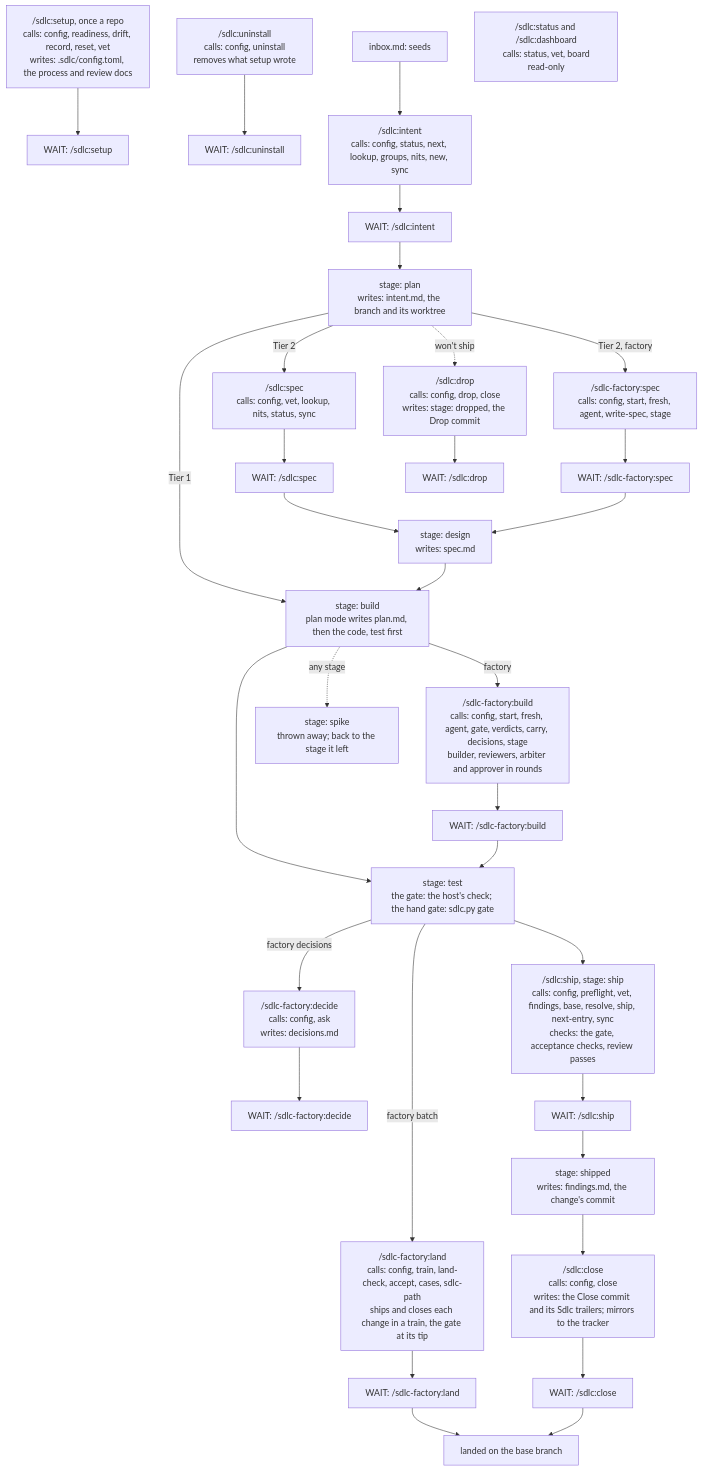
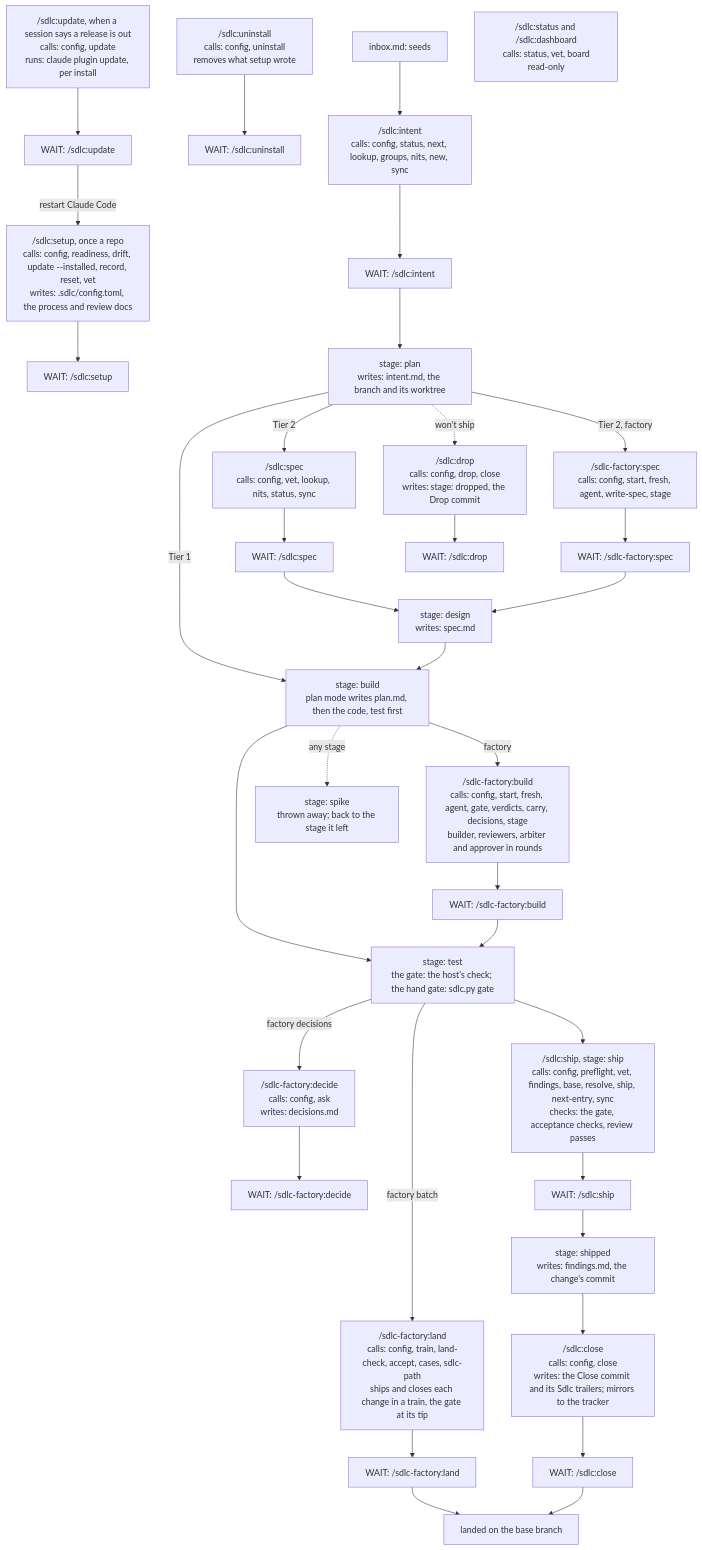
One commit to faeldon/sdlc changed the first of 3 diagrams in docs/PROCESS.md. Above: the diagram before and after it, drawn with Mermaid. The commit also changed 56 other files, not shown here.

````diff
--- a/docs/PROCESS.md
+++ b/docs/PROCESS.md
@@ -17,37 +17,39 @@
 ```mermaid
 flowchart TD
-  setup["/sdlc:setup, once a repo<br/>calls: config, readiness, drift, record, reset, vet<br/>writes: .sdlc/config.toml, the process and review docs"]
+  update["/sdlc:update, when a session says a release is out<br/>calls: config, update<br/>runs: claude plugin update, per install"] --> wupdate["WAIT: /sdlc:update"]
+  wupdate -->|restart Claude Code| setup
+  setup["/sdlc:setup, once a repo<br/>calls: config, readiness, drift, update --installed, record, reset, vet<br/>writes: .sdlc/config.toml, the process and review docs"]
   setup --> wsetup["WAIT: /sdlc:setup"]
   uninstall["/sdlc:uninstall<br/>calls: config, uninstall<br/>removes what setup wrote"] --> wuninstall["WAIT: /sdlc:uninstall"]
   seeds["inbox.md: seeds"] --> intent
   intent["/sdlc:intent<br/>calls: config, status, next, lookup, groups, nits, new, sync"]
   intent --> wintent["WAIT: /sdlc:intent"]
   wintent --> plan["stage: plan<br/>writes: intent.md, the branch and its worktree"]
   plan -->|Tier 2| spec["/sdlc:spec<br/>calls: config, vet, lookup, nits, status, sync"]
   plan -->|Tier 2, factory| fspec["/sdlc-factory:spec<br/>calls: config, start, fresh, agent, write-spec, stage"]
   spec --> wspec["WAIT: /sdlc:spec"]
   fspec --> wfspec["WAIT: /sdlc-factory:spec"]
   wspec --> design["stage: design<br/>writes: spec.md"]
   wfspec --> design
   plan -->|Tier 1| build
   design --> build["stage: build<br/>plan mode writes plan.md, then the code, test first"]
   build -->|factory| fbuild["/sdlc-factory:build<br/>calls: config, start, fresh, agent, gate, verdicts, carry, decisions, stage<br/>builder, reviewers, arbiter and approver in rounds"]
   fbuild --> wfbuild["WAIT: /sdlc-factory:build"]
   build -.->|any stage| spike["stage: spike<br/>thrown away; back to the stage it left"]
   build --> test["stage: test<br/>the gate: the host's check; the hand gate: sdlc.py gate"]
   wfbuild --> test
   test -->|factory decisions| decide["/sdlc-factory:decide<br/>calls: config, ask<br/>writes: decisions.md"]
   decide --> wdecide["WAIT: /sdlc-factory:decide"]
   test --> ship["/sdlc:ship, stage: ship<br/>calls: config, preflight, vet, findings, base, resolve, ship, next-entry, sync<br/>checks: the gate, acceptance checks, review passes"]
   ship --> wship["WAIT: /sdlc:ship"]
   wship --> shipped["stage: shipped<br/>writes: findings.md, the change's commit"]
   test -->|factory batch| land["/sdlc-factory:land<br/>calls: config, train, land-check, accept, cases, sdlc-path<br/>ships and closes each change in a train, the gate at its tip"]
   land --> wland["WAIT: /sdlc-factory:land"]
   shipped --> close["/sdlc:close<br/>calls: config, close<br/>writes: the Close commit and its Sdlc trailers; mirrors to the tracker"]
   close --> wclose["WAIT: /sdlc:close"]
   wland --> landed["landed on the base branch"]
   wclose --> landed
   plan -.->|won't ship| drop["/sdlc:drop<br/>calls: config, drop, close<br/>writes: stage: dropped, the Drop commit"]
   drop --> wdrop["WAIT: /sdlc:drop"]
   status["/sdlc:status and /sdlc:dashboard<br/>calls: status, vet, board<br/>read-only"]
 ```
````
